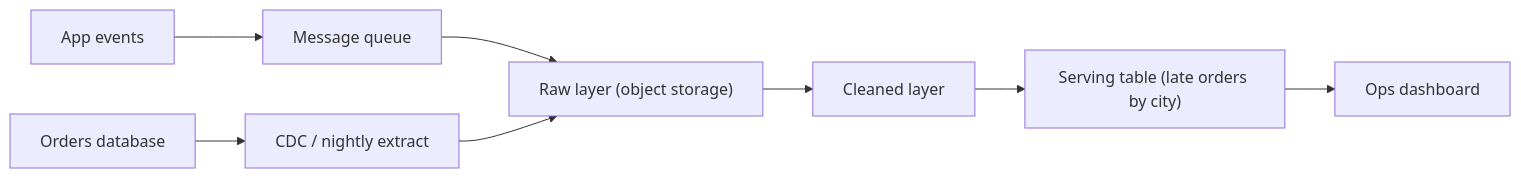
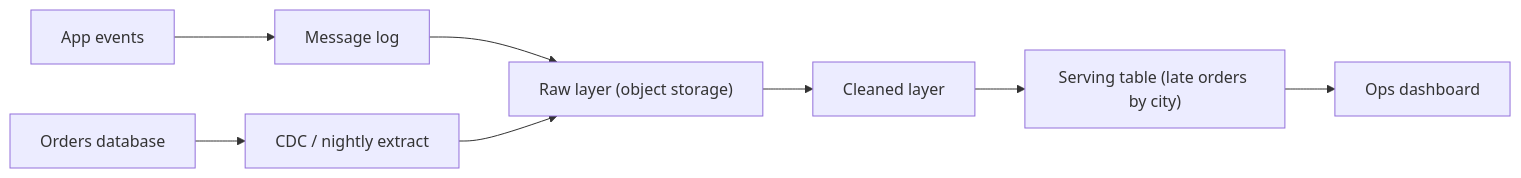
The second of 2 diagrams in 01-the-framework/02-delivery-framework.md (pratyaksh52/data-engineering-system-design), drawn with Mermaid before and after one commit. The commit also changed other lines of this file and 21 other files, not shown here.

````diff
--- a/01-the-framework/02-delivery-framework.md
+++ b/01-the-framework/02-delivery-framework.md
@@ -101,10 +101,10 @@
 ```mermaid
 flowchart LR
-    A["App events"] --> B["Message queue"]
+    A["App events"] --> B["Message log"]
     O["Orders database"] --> C["CDC / nightly extract"]
     B --> D["Raw layer (object storage)"]
     C --> D
     D --> E["Cleaned layer"]
     E --> F["Serving table (late orders by city)"]
     F --> G["Ops dashboard"]
 ```
````
